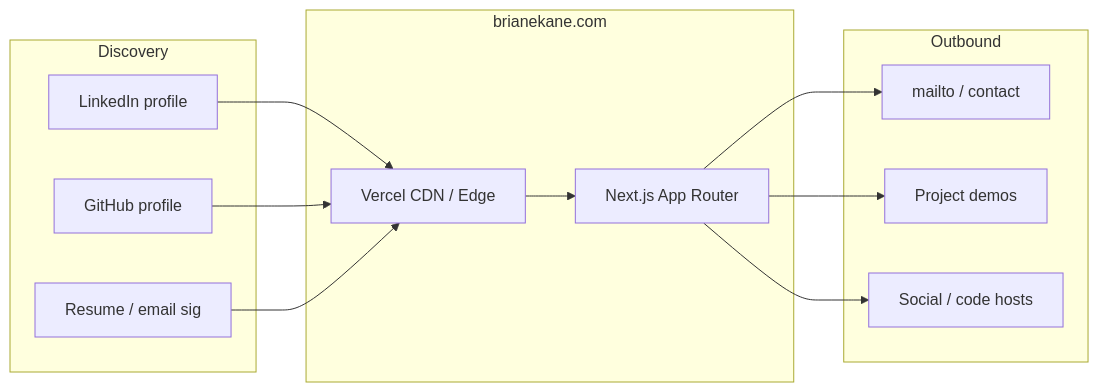
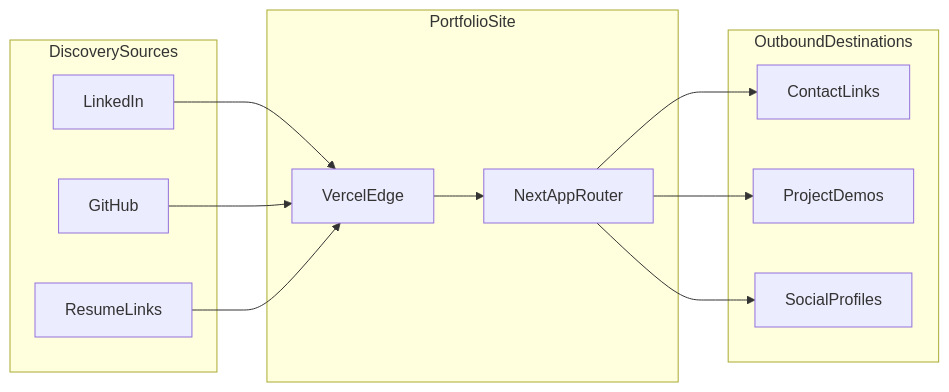
One commit to bkane56/bek_website changed the first of 2 diagrams in README.md. Above: the diagram before and after it, drawn with Mermaid. The commit also changed other lines of this file, not shown here.

````diff
--- a/README.md
+++ b/README.md
@@ -34,27 +49,27 @@
 ```mermaid
 flowchart LR
-  subgraph sources["Discovery"]
-    LI[LinkedIn profile]
-    GH[GitHub profile]
-    CV[Resume / email sig]
+  subgraph discovery [DiscoverySources]
+    linkedIn[LinkedIn]
+    github[GitHub]
+    resume[ResumeLinks]
   end
 
-  subgraph site["brianekane.com"]
-    EDGE[Vercel CDN / Edge]
-    APP[Next.js App Router]
+  subgraph site [PortfolioSite]
+    vercelEdge[VercelEdge]
+    nextApp[NextAppRouter]
   end
 
-  subgraph external["Outbound"]
-    MAIL[mailto / contact]
-    DEMO[Project demos]
-    SOCIAL[Social / code hosts]
+  subgraph outbound [OutboundDestinations]
+    contact[ContactLinks]
+    demos[ProjectDemos]
+    profiles[SocialProfiles]
   end
 
-  LI --> EDGE
-  GH --> EDGE
-  CV --> EDGE
-  EDGE --> APP
-  APP --> MAIL
-  APP --> DEMO
-  APP --> SOCIAL
+  linkedIn --> vercelEdge
+  github --> vercelEdge
+  resume --> vercelEdge
+  vercelEdge --> nextApp
+  nextApp --> contact
+  nextApp --> demos
+  nextApp --> profiles
 ```
````
